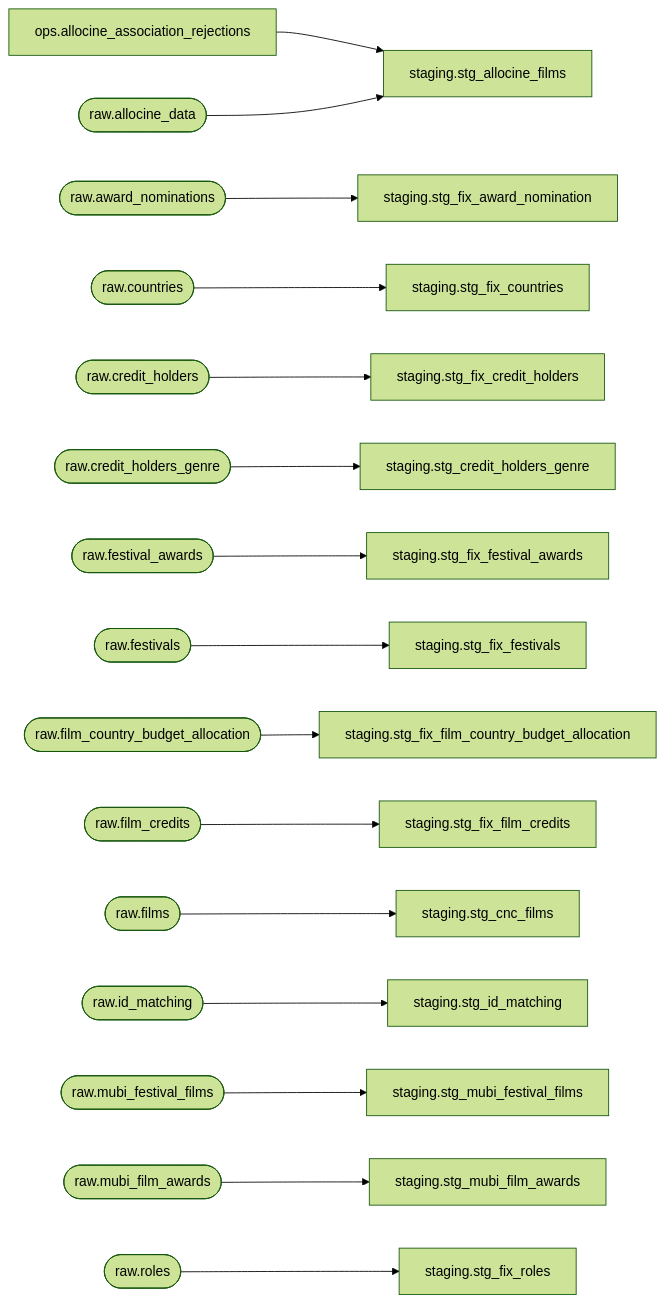
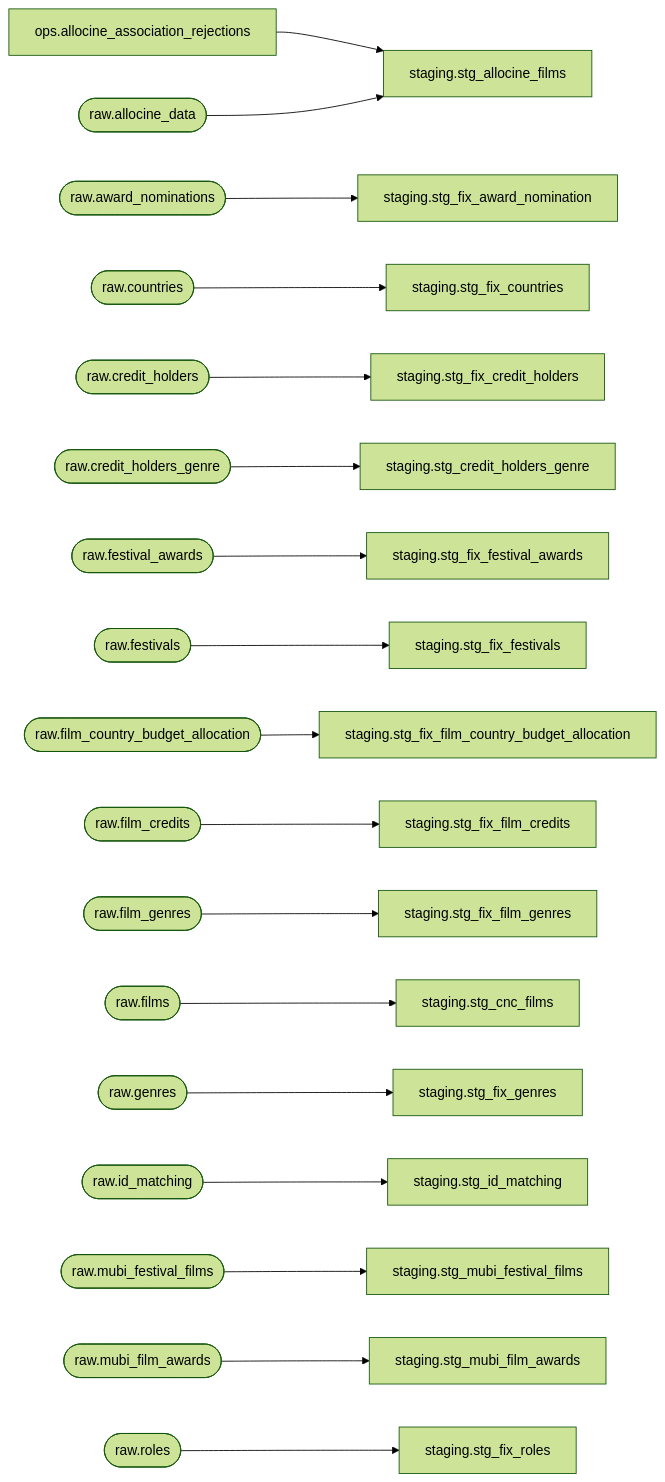
One commit to Le-Collectif-50-50/cinestats-5050 changed the fifth of 5 diagrams in docs/dbt-lineage.md. Above: the diagram before and after it, drawn with Mermaid (forest theme). The commit also changed other lines of this file, not shown here.

````diff
--- a/docs/dbt-lineage.md
+++ b/docs/dbt-lineage.md
@@ -297,47 +327,53 @@
 ```mermaid
 flowchart LR
-  n26["staging.stg_allocine_films"]
-  n27["staging.stg_cnc_films"]
-  n28["staging.stg_credit_holders_genre"]
-  n29["staging.stg_fix_award_nomination"]
-  n30["staging.stg_fix_countries"]
-  n31["staging.stg_fix_credit_holders"]
-  n32["staging.stg_fix_festival_awards"]
-  n33["staging.stg_fix_festivals"]
-  n34["staging.stg_fix_film_country_budget_allocation"]
-  n35["staging.stg_fix_film_credits"]
-  n36["staging.stg_fix_roles"]
-  n37["staging.stg_id_matching"]
-  n38["staging.stg_mubi_festival_films"]
-  n39["staging.stg_mubi_film_awards"]
-  n42["ops.allocine_association_rejections"]
-  n44(["raw.allocine_data"])
-  n45(["raw.award_nominations"])
-  n46(["raw.countries"])
-  n47(["raw.credit_holders"])
-  n48(["raw.credit_holders_genre"])
-  n49(["raw.festival_awards"])
-  n50(["raw.festivals"])
-  n51(["raw.film_country_budget_allocation"])
-  n52(["raw.film_credits"])
-  n54(["raw.films"])
-  n56(["raw.id_matching"])
-  n57(["raw.mubi_festival_films"])
-  n58(["raw.mubi_film_awards"])
-  n59(["raw.roles"])
-  n42 --> n26
-  n44 --> n26
-  n45 --> n29
-  n46 --> n30
-  n47 --> n31
-  n48 --> n28
-  n49 --> n32
-  n50 --> n33
-  n51 --> n34
-  n52 --> n35
-  n54 --> n27
+  n30["staging.stg_allocine_films"]
+  n31["staging.stg_cnc_films"]
+  n32["staging.stg_credit_holders_genre"]
+  n33["staging.stg_fix_award_nomination"]
+  n34["staging.stg_fix_countries"]
+  n35["staging.stg_fix_credit_holders"]
+  n36["staging.stg_fix_festival_awards"]
+  n37["staging.stg_fix_festivals"]
+  n38["staging.stg_fix_film_country_budget_allocation"]
+  n39["staging.stg_fix_film_credits"]
+  n40["staging.stg_fix_film_genres"]
+  n41["staging.stg_fix_genres"]
+  n42["staging.stg_fix_roles"]
+  n43["staging.stg_id_matching"]
+  n44["staging.stg_mubi_festival_films"]
+  n45["staging.stg_mubi_film_awards"]
+  n48["ops.allocine_association_rejections"]
+  n50(["raw.allocine_data"])
+  n51(["raw.award_nominations"])
+  n52(["raw.countries"])
+  n53(["raw.credit_holders"])
+  n54(["raw.credit_holders_genre"])
+  n55(["raw.festival_awards"])
+  n56(["raw.festivals"])
+  n57(["raw.film_country_budget_allocation"])
+  n58(["raw.film_credits"])
+  n59(["raw.film_genres"])
+  n60(["raw.films"])
+  n61(["raw.genres"])
+  n62(["raw.id_matching"])
+  n63(["raw.mubi_festival_films"])
+  n64(["raw.mubi_film_awards"])
+  n65(["raw.roles"])
+  n48 --> n30
+  n50 --> n30
+  n51 --> n33
+  n52 --> n34
+  n53 --> n35
+  n54 --> n32
+  n55 --> n36
   n56 --> n37
   n57 --> n38
   n58 --> n39
-  n59 --> n36
+  n59 --> n40
+  n60 --> n31
+  n61 --> n41
+  n62 --> n43
+  n63 --> n44
+  n64 --> n45
+  n65 --> n42
 ```
````
